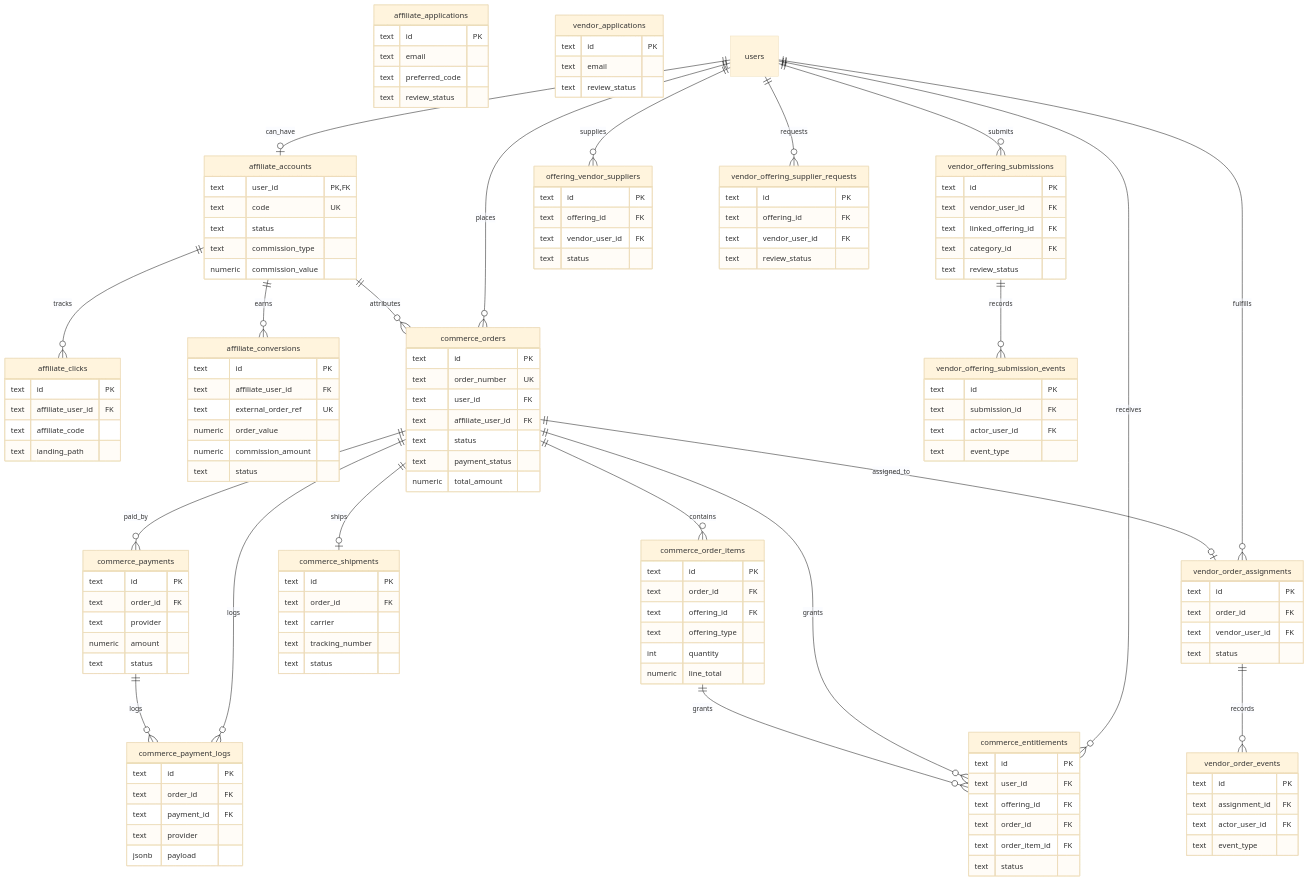
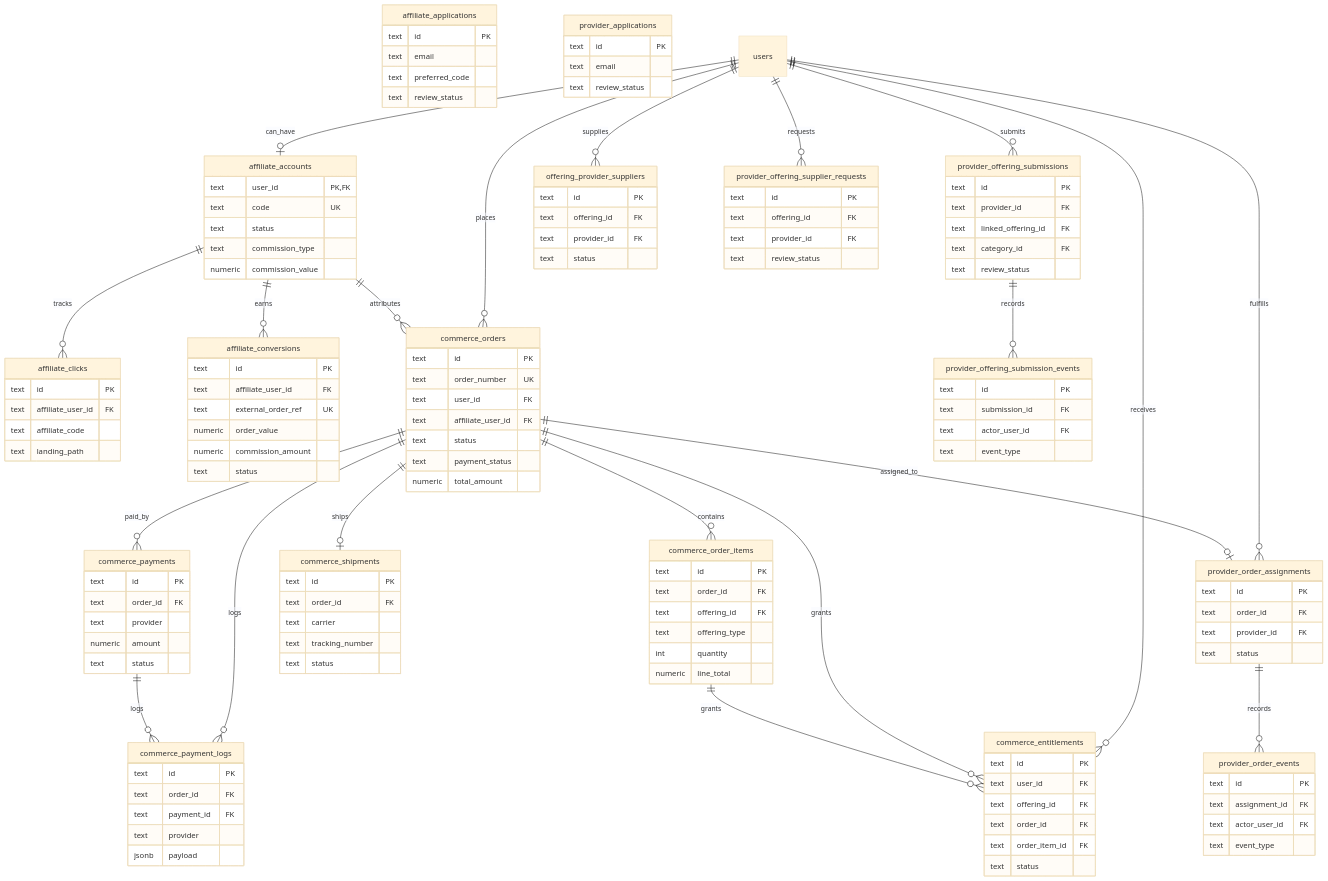
Before and after one commit to hoangpham2263/pinklove: the seventh of 8 diagrams in docs/schema.md, drawn with Mermaid (base theme). The commit also changed other lines of this file and 183 other files, not shown here.

````diff
--- a/docs/schema.md
+++ b/docs/schema.md
@@ -813,50 +826,50 @@
     text status
   }
 
-  vendor_order_assignments {
+  provider_order_assignments {
     text id PK
     text order_id FK
-    text vendor_user_id FK
+    text provider_id FK
     text status
   }
 
-  vendor_order_events {
+  provider_order_events {
     text id PK
     text assignment_id FK
     text actor_user_id FK
     text event_type
   }
 
-  vendor_offering_submissions {
+  provider_offering_submissions {
     text id PK
-    text vendor_user_id FK
+    text provider_id FK
     text linked_offering_id FK
     text category_id FK
     text review_status
   }
 
-  vendor_offering_submission_events {
+  provider_offering_submission_events {
     text id PK
     text submission_id FK
     text actor_user_id FK
     text event_type
   }
 
-  offering_vendor_suppliers {
+  offering_provider_suppliers {
     text id PK
     text offering_id FK
-    text vendor_user_id FK
+    text provider_id FK
     text status
   }
 
-  vendor_offering_supplier_requests {
+  provider_offering_supplier_requests {
     text id PK
     text offering_id FK
-    text vendor_user_id FK
+    text provider_id FK
     text review_status
   }
 
-  vendor_applications {
+  provider_applications {
     text id PK
     text email
     text review_status
@@ -865,10 +878,10 @@
   users ||--o| affiliate_accounts : can_have
   users ||--o{ commerce_orders : places
   users ||--o{ commerce_entitlements : receives
-  users ||--o{ vendor_order_assignments : fulfills
-  users ||--o{ vendor_offering_submissions : submits
-  users ||--o{ offering_vendor_suppliers : supplies
-  users ||--o{ vendor_offering_supplier_requests : requests
+  users ||--o{ provider_order_assignments : fulfills
+  users ||--o{ provider_offering_submissions : submits
+  users ||--o{ offering_provider_suppliers : supplies
+  users ||--o{ provider_offering_supplier_requests : requests
 
   affiliate_accounts ||--o{ affiliate_clicks : tracks
   affiliate_accounts ||--o{ affiliate_conversions : earns
@@ -879,10 +892,10 @@
   commerce_orders ||--o{ commerce_payment_logs : logs
   commerce_orders ||--o| commerce_shipments : ships
   commerce_orders ||--o{ commerce_entitlements : grants
-  commerce_orders ||--o| vendor_order_assignments : assigned_to
+  commerce_orders ||--o| provider_order_assignments : assigned_to
 
   commerce_order_items ||--o{ commerce_entitlements : grants
   commerce_payments ||--o{ commerce_payment_logs : logs
-  vendor_order_assignments ||--o{ vendor_order_events : records
-  vendor_offering_submissions ||--o{ vendor_offering_submission_events : records
+  provider_order_assignments ||--o{ provider_order_events : records
+  provider_offering_submissions ||--o{ provider_offering_submission_events : records
 ```
````
